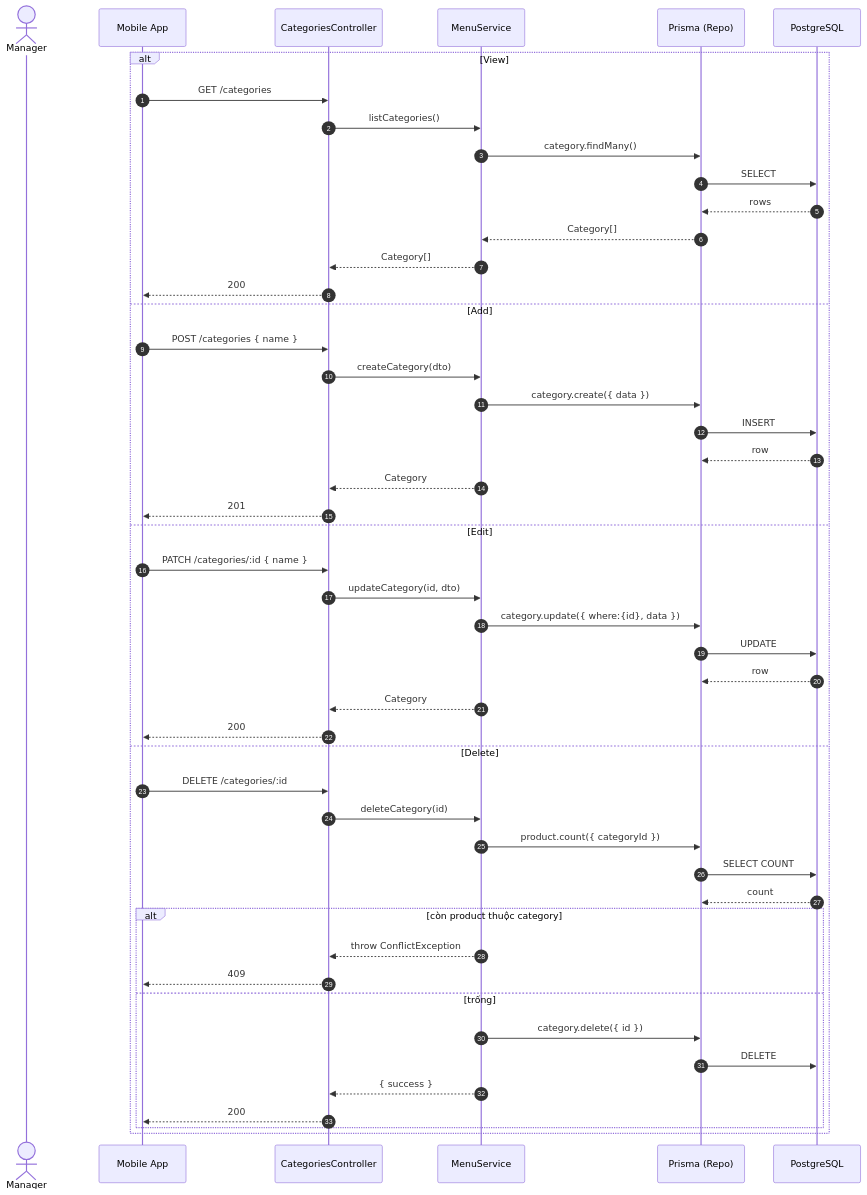
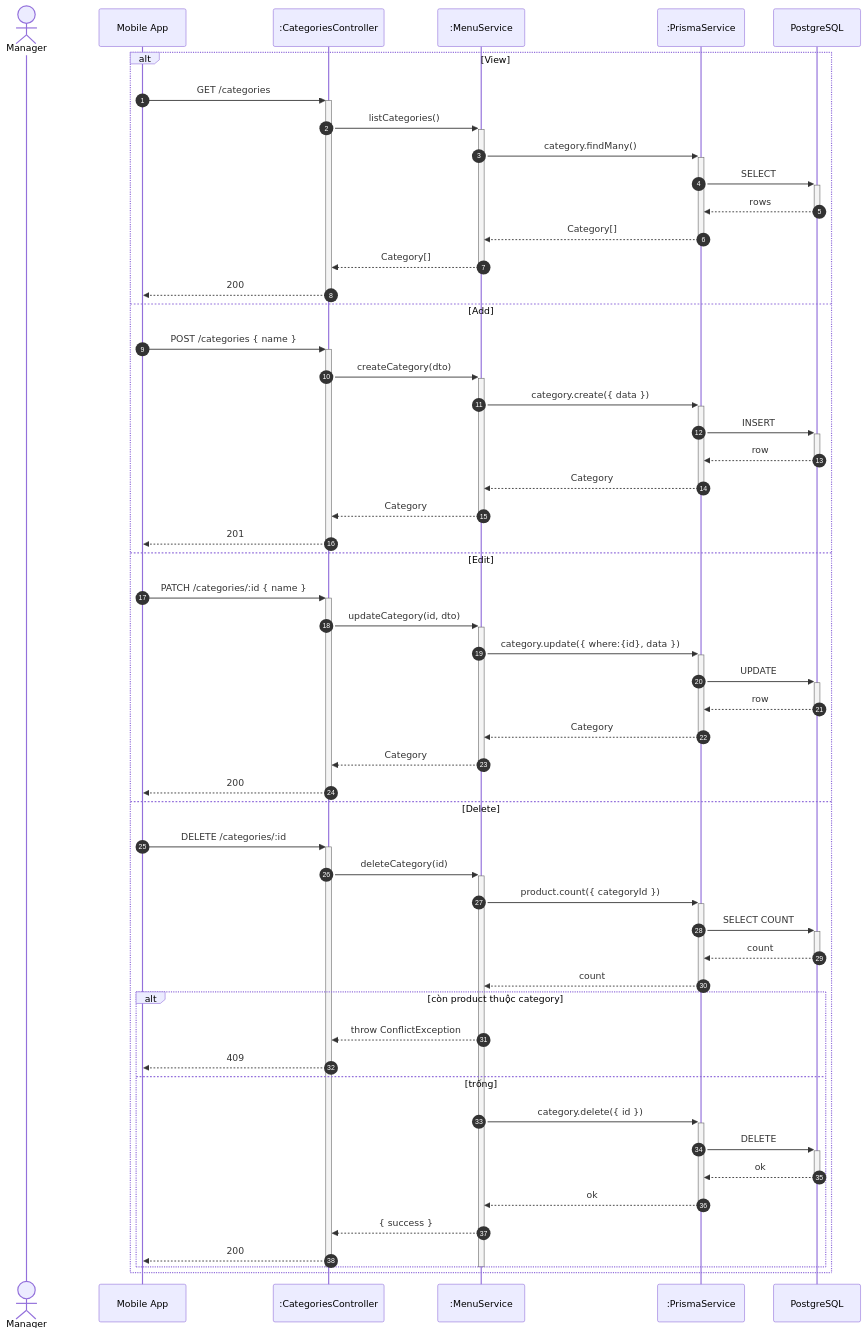
Before and after one commit to callmehai/Cafe-Shop-Management-System: the tenth of 16 diagrams in docs/sequence-diagrams.md, drawn with Mermaid. The commit also changed other lines of this file and 1 other file, not shown here.

Commit message:
docs: add sequence and class diagrams for system architecture and use case implementation

````diff
--- a/docs/sequence-diagrams.md
+++ b/docs/sequence-diagrams.md
@@ -490,52 +502,59 @@
 ```mermaid
 sequenceDiagram
     autonumber
     actor M as Manager
     participant App as Mobile App
-    participant API as CategoriesController
-    participant SVC as MenuService
-    participant ORM as Prisma (Repo)
+    participant API as :CategoriesController
+    participant SVC as :MenuService
+    participant ORM as :PrismaService
     participant DB as PostgreSQL
 
     alt View
-        App->>API: GET /categories
-        API->>SVC: listCategories()
-        SVC->>ORM: category.findMany()
-        ORM->>DB: SELECT
-        DB-->>ORM: rows
-        ORM-->>SVC: Category[]
-        SVC-->>API: Category[]
-        API-->>App: 200
+        App->>+API: GET /categories
+        API->>+SVC: listCategories()
+        SVC->>+ORM: category.findMany()
+        ORM->>+DB: SELECT
+        DB-->>-ORM: rows
+        ORM-->>-SVC: Category[]
+        SVC-->>-API: Category[]
+        API-->>-App: 200
     else Add
-        App->>API: POST /categories { name }
-        API->>SVC: createCategory(dto)
-        SVC->>ORM: category.create({ data })
-        ORM->>DB: INSERT
-        DB-->>ORM: row
-        SVC-->>API: Category
-        API-->>App: 201
+        App->>+API: POST /categories { name }
+        API->>+SVC: createCategory(dto)
+        SVC->>+ORM: category.create({ data })
+        ORM->>+DB: INSERT
+        DB-->>-ORM: row
+        ORM-->>-SVC: Category
+        SVC-->>-API: Category
+        API-->>-App: 201
     else Edit
-        App->>API: PATCH /categories/:id { name }
-        API->>SVC: updateCategory(id, dto)
-        SVC->>ORM: category.update({ where:{id}, data })
-        ORM->>DB: UPDATE
-        DB-->>ORM: row
-        SVC-->>API: Category
-        API-->>App: 200
+        App->>+API: PATCH /categories/:id { name }
+        API->>+SVC: updateCategory(id, dto)
+        SVC->>+ORM: category.update({ where:{id}, data })
+        ORM->>+DB: UPDATE
+        DB-->>-ORM: row
+        ORM-->>-SVC: Category
+        SVC-->>-API: Category
+        API-->>-App: 200
     else Delete
-        App->>API: DELETE /categories/:id
-        API->>SVC: deleteCategory(id)
-        SVC->>ORM: product.count({ categoryId })
-        ORM->>DB: SELECT COUNT
-        DB-->>ORM: count
+        App->>+API: DELETE /categories/:id
+        API->>+SVC: deleteCategory(id)
+        SVC->>+ORM: product.count({ categoryId })
+        ORM->>+DB: SELECT COUNT
+        DB-->>-ORM: count
+        ORM-->>-SVC: count
         alt còn product thuộc category
             SVC-->>API: throw ConflictException
             API-->>App: 409
         else trống
-            SVC->>ORM: category.delete({ id })
-            ORM->>DB: DELETE
+            SVC->>+ORM: category.delete({ id })
+            ORM->>+DB: DELETE
+            DB-->>-ORM: ok
+            ORM-->>-SVC: ok
             SVC-->>API: { success }
             API-->>App: 200
         end
+        deactivate SVC
+        deactivate API
     end
 ```
````
